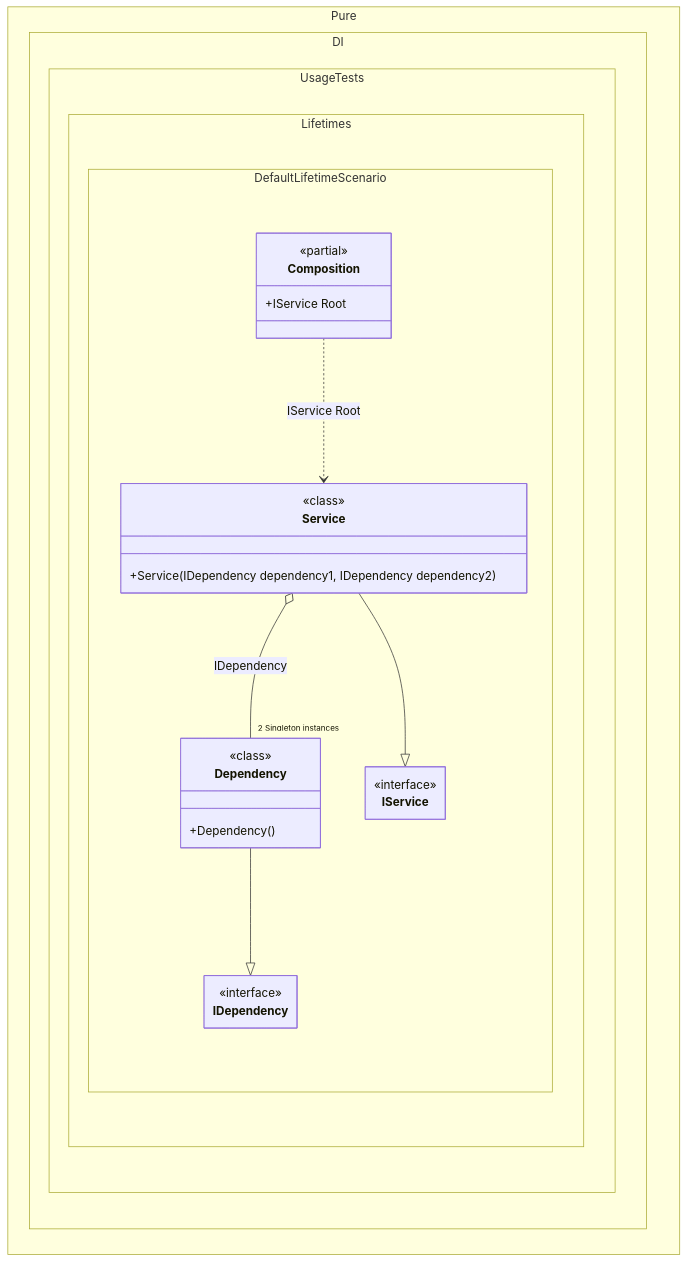
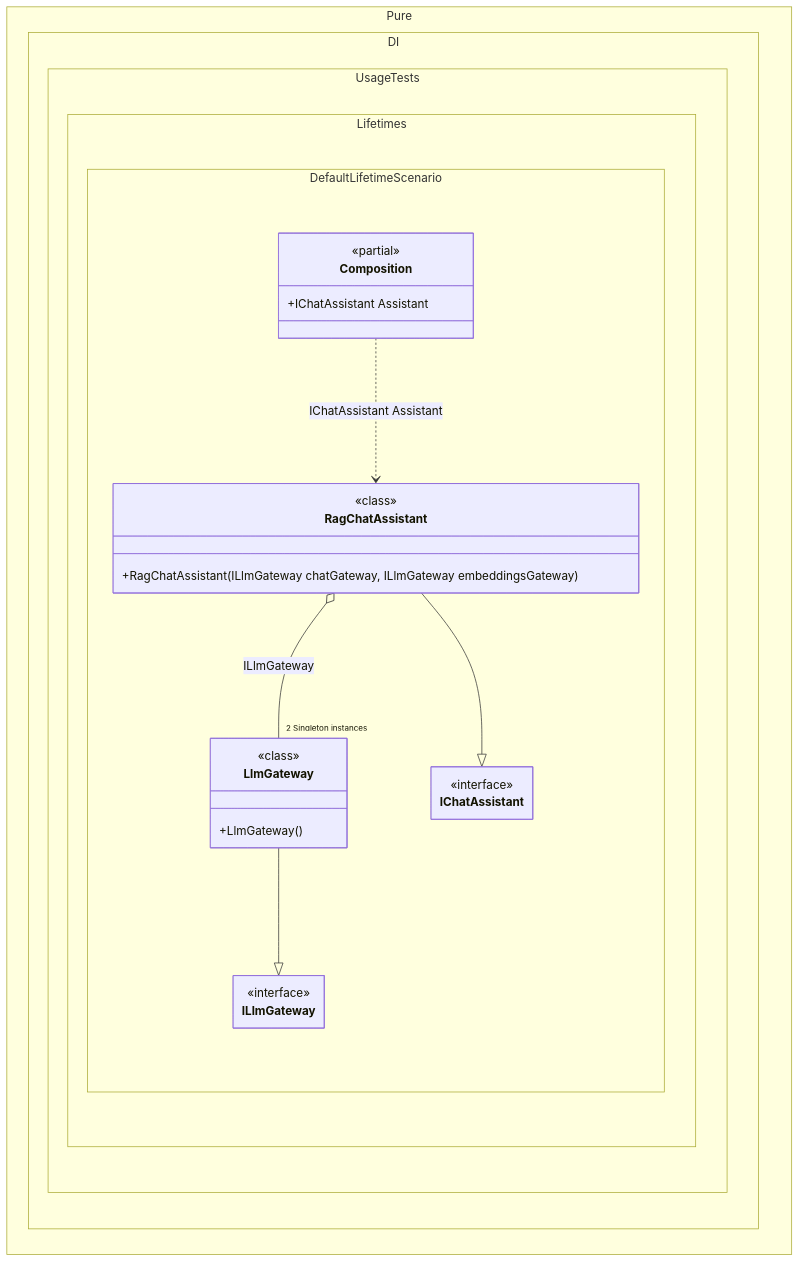
Before and after one commit to DevTeam/Pure.DI: the diagram in readme/default-lifetime.md, drawn with Mermaid. The commit also changed other lines of this file and 126 other files, not shown here.

````diff
--- a/readme/default-lifetime.md
+++ b/readme/default-lifetime.md
@@ -139,34 +157,34 @@
 ```mermaid
 ---
  config:
   maxTextSize: 2147483647
   maxEdges: 2147483647
   class:
    hideEmptyMembersBox: true
 ---
 classDiagram
-	Dependency --|> IDependency
-	Service --|> IService
-	Composition ..> Service : IService Root
-	Service o-- "2 Singleton instances" Dependency : IDependency
+	LlmGateway --|> ILlmGateway
+	RagChatAssistant --|> IChatAssistant
+	Composition ..> RagChatAssistant : IChatAssistant Assistant
+	RagChatAssistant o-- "2 Singleton instances" LlmGateway : ILlmGateway
 	namespace Pure.DI.UsageTests.Lifetimes.DefaultLifetimeScenario {
 		class Composition {
 		<<partial>>
-		+IService Root
+		+IChatAssistant Assistant
 		}
-		class Dependency {
-				<<class>>
-			+Dependency()
-		}
-		class IDependency {
+		class IChatAssistant {
 			<<interface>>
 		}
-		class IService {
+		class ILlmGateway {
 			<<interface>>
 		}
-		class Service {
+		class LlmGateway {
 				<<class>>
-			+Service(IDependency dependency1, IDependency dependency2)
+			+LlmGateway()
+		}
+		class RagChatAssistant {
+				<<class>>
+			+RagChatAssistant(ILlmGateway chatGateway, ILlmGateway embeddingsGateway)
 		}
 	}
 ```
````
